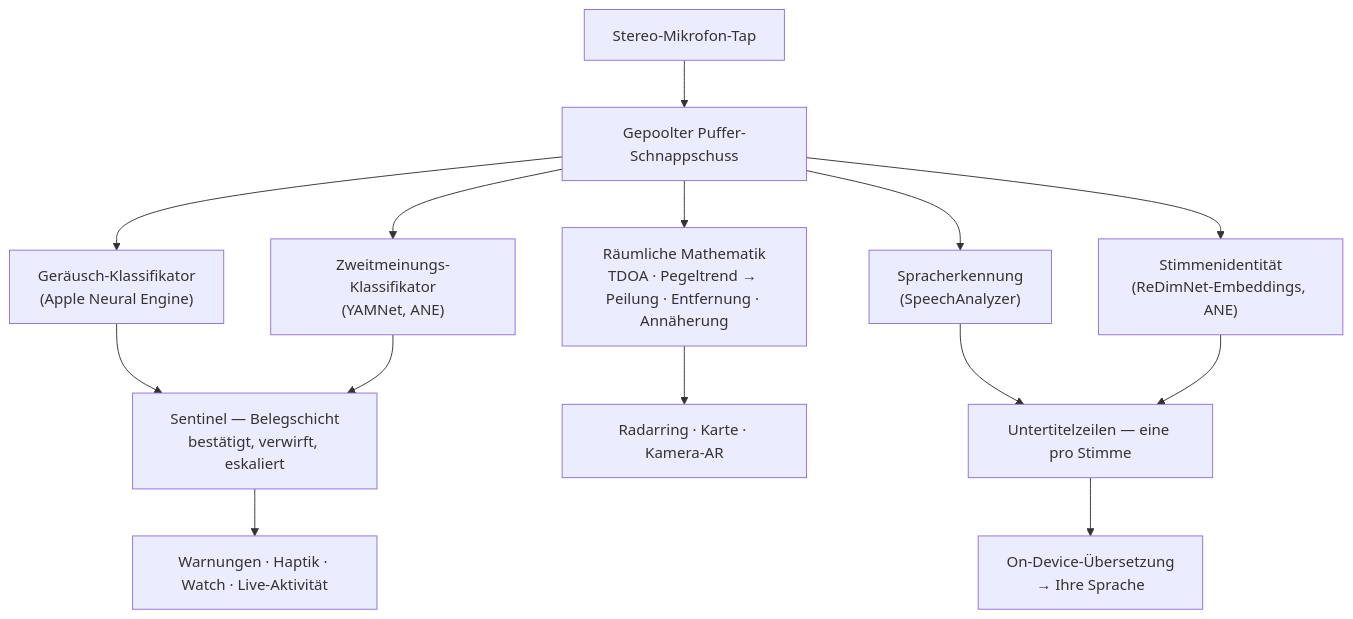
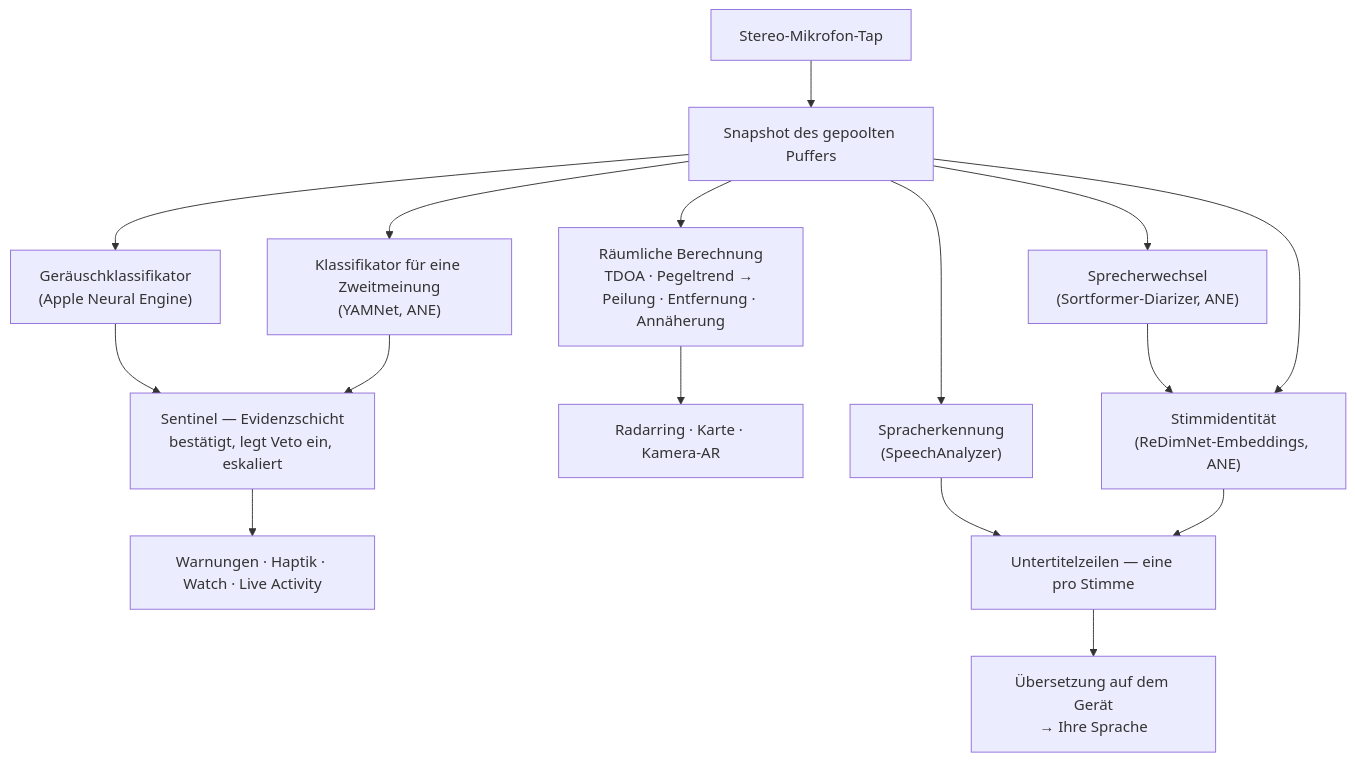
The second of 4 diagrams in README_de.md (rpalm01-star/VigilantEarLegal), drawn with Mermaid before and after one commit. The commit also changed other lines of this file and 29 other files, not shown here.

````diff
--- a/README_de.md
+++ b/README_de.md
@@ -128,16 +134,18 @@
 ```mermaid
 graph TD
-    A["Stereo-Mikrofon-Tap"] --> B["Gepoolter Puffer-Schnappschuss"]
-    B --> C["Geräusch-Klassifikator<br/>(Apple Neural Engine)"]
-    B --> Y["Zweitmeinungs-Klassifikator<br/>(YAMNet, ANE)"]
-    C --> S["Sentinel — Belegschicht<br/>bestätigt, verwirft, eskaliert"]
+    A["Stereo-Mikrofon-Tap"] --> B["Snapshot des gepoolten Puffers"]
+    B --> C["Geräuschklassifikator<br/>(Apple Neural Engine)"]
+    B --> Y["Klassifikator für eine Zweitmeinung<br/>(YAMNet, ANE)"]
+    C --> S["Sentinel — Evidenzschicht<br/>bestätigt, legt Veto ein, eskaliert"]
     Y --> S
-    S --> H["Warnungen · Haptik · Watch · Live-Aktivität"]
-    B --> D["Räumliche Mathematik<br/>TDOA · Pegeltrend → Peilung · Entfernung · Annäherung"]
+    S --> H["Warnungen · Haptik · Watch · Live Activity"]
+    B --> D["Räumliche Berechnung<br/>TDOA · Pegeltrend → Peilung · Entfernung · Annäherung"]
     D --> R["Radarring · Karte · Kamera-AR"]
     B --> F["Spracherkennung<br/>(SpeechAnalyzer)"]
-    B --> E["Stimmenidentität<br/>(ReDimNet-Embeddings, ANE)"]
+    B --> N["Sprecherwechsel<br/>(Sortformer-Diarizer, ANE)"]
+    N --> E["Stimmidentität<br/>(ReDimNet-Embeddings, ANE)"]
+    B --> E
     F --> G["Untertitelzeilen — eine pro Stimme"]
     E --> G
-    G --> T["On-Device-Übersetzung<br/>→ Ihre Sprache"]
+    G --> T["Übersetzung auf dem Gerät<br/>→ Ihre Sprache"]
 ```
````
